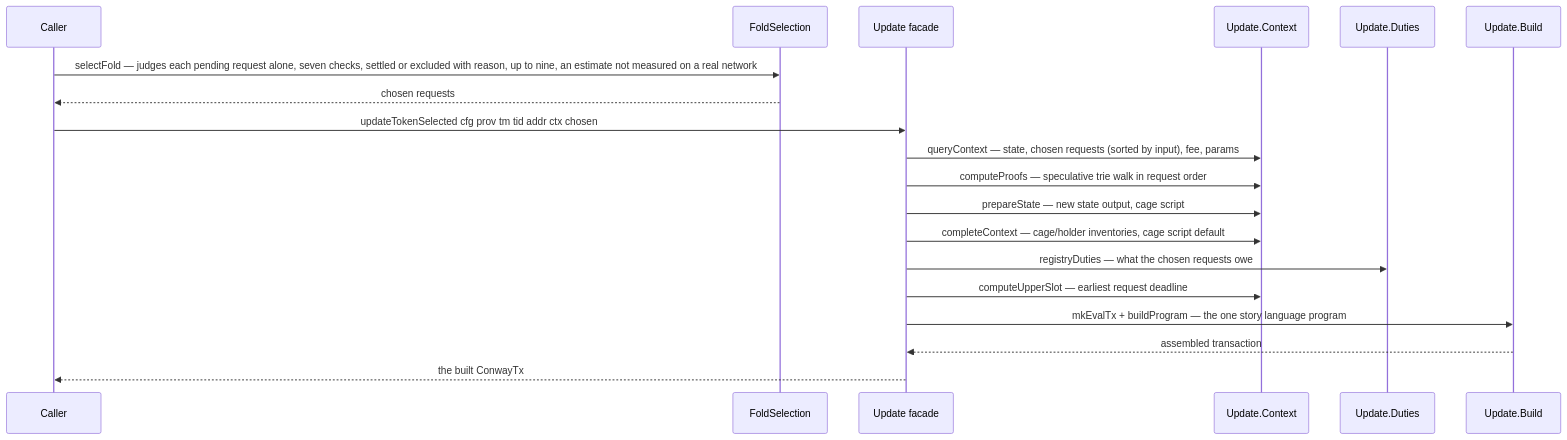
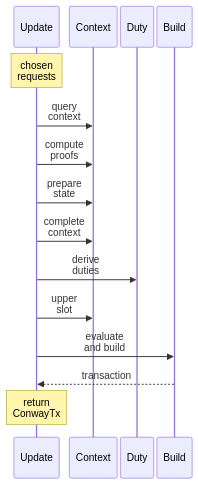
Before and after one commit to lambdasistemi/singular: the second of 2 diagrams in docs/offchain-fold-responsibilities.md, drawn with Mermaid. The commit also changed other lines of this file and 59 other files, not shown here.

````diff
--- a/docs/offchain-fold-responsibilities.md
+++ b/docs/offchain-fold-responsibilities.md
@@ -92,21 +80,18 @@
 ```mermaid
+%%{init: {'sequence': {'actorMargin': 5, 'width': 50, 'diagramMarginX': 10}}}%%
 sequenceDiagram
-    participant Caller
-    participant Sel as FoldSelection
-    participant Facade as Update facade
-    participant Ctx as Update.Context
-    participant Dut as Update.Duties
-    participant Bld as Update.Build
-    Caller->>Sel: selectFold — judges each pending request alone, seven checks, settled or excluded with reason, up to nine, an estimate not measured on a real network
-    Sel-->>Caller: chosen requests
-    Caller->>Facade: updateTokenSelected cfg prov tm tid addr ctx chosen
-    Facade->>Ctx: queryContext — state, chosen requests (sorted by input), fee, params
-    Facade->>Ctx: computeProofs — speculative trie walk in request order
-    Facade->>Ctx: prepareState — new state output, cage script
-    Facade->>Ctx: completeContext — cage/holder inventories, cage script default
-    Facade->>Dut: registryDuties — what the chosen requests owe
-    Facade->>Ctx: computeUpperSlot — earliest request deadline
-    Facade->>Bld: mkEvalTx + buildProgram — the one story language program
-    Bld-->>Facade: assembled transaction
-    Facade-->>Caller: the built ConwayTx
+    participant Facade as Update
+    participant Ctx as Context
+    participant Dut as Duty
+    participant Bld as Build
+    Note over Facade: chosen<br/>requests
+    Facade->>Ctx: query<br/>context
+    Facade->>Ctx: compute<br/>proofs
+    Facade->>Ctx: prepare<br/>state
+    Facade->>Ctx: complete<br/>context
+    Facade->>Dut: derive<br/>duties
+    Facade->>Ctx: upper<br/>slot
+    Facade->>Bld: evaluate<br/>and build
+    Bld-->>Facade: transaction
+    Note over Facade: return<br/>ConwayTx
 ```
````
